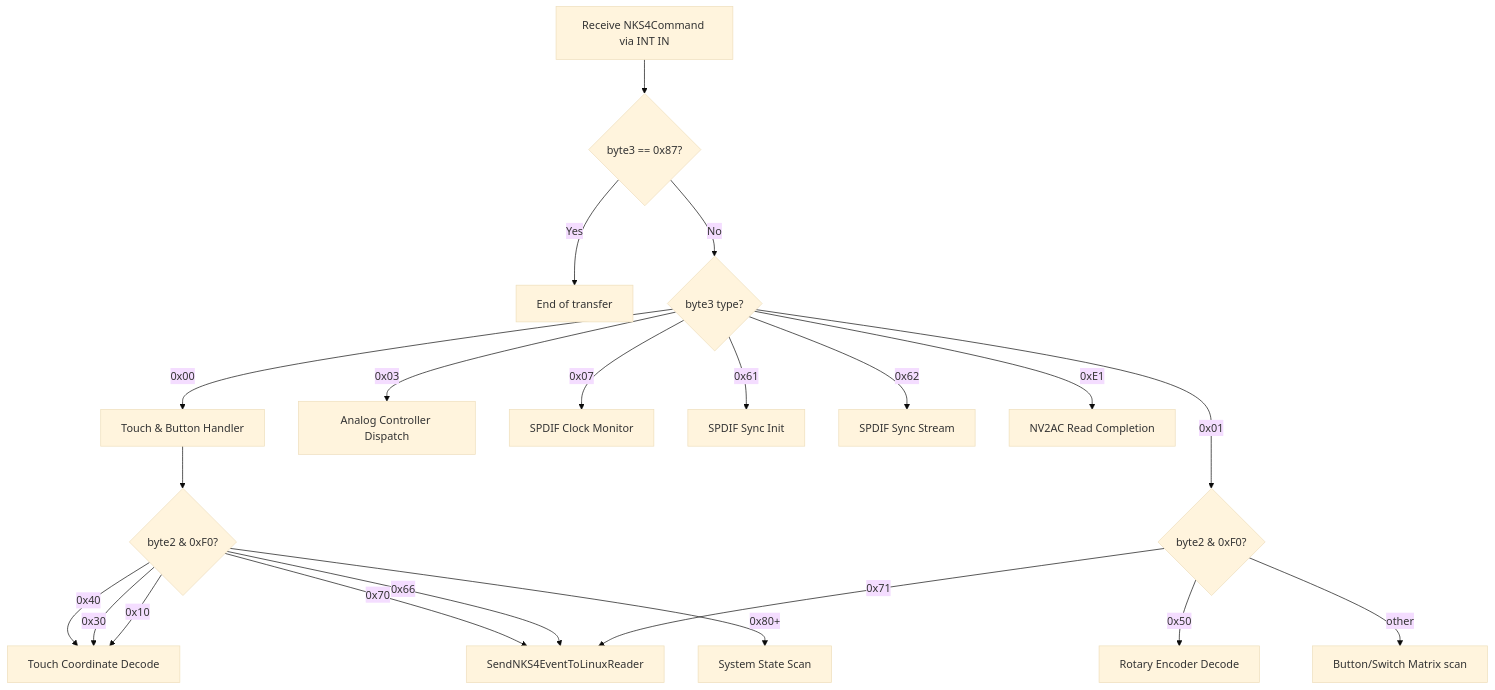
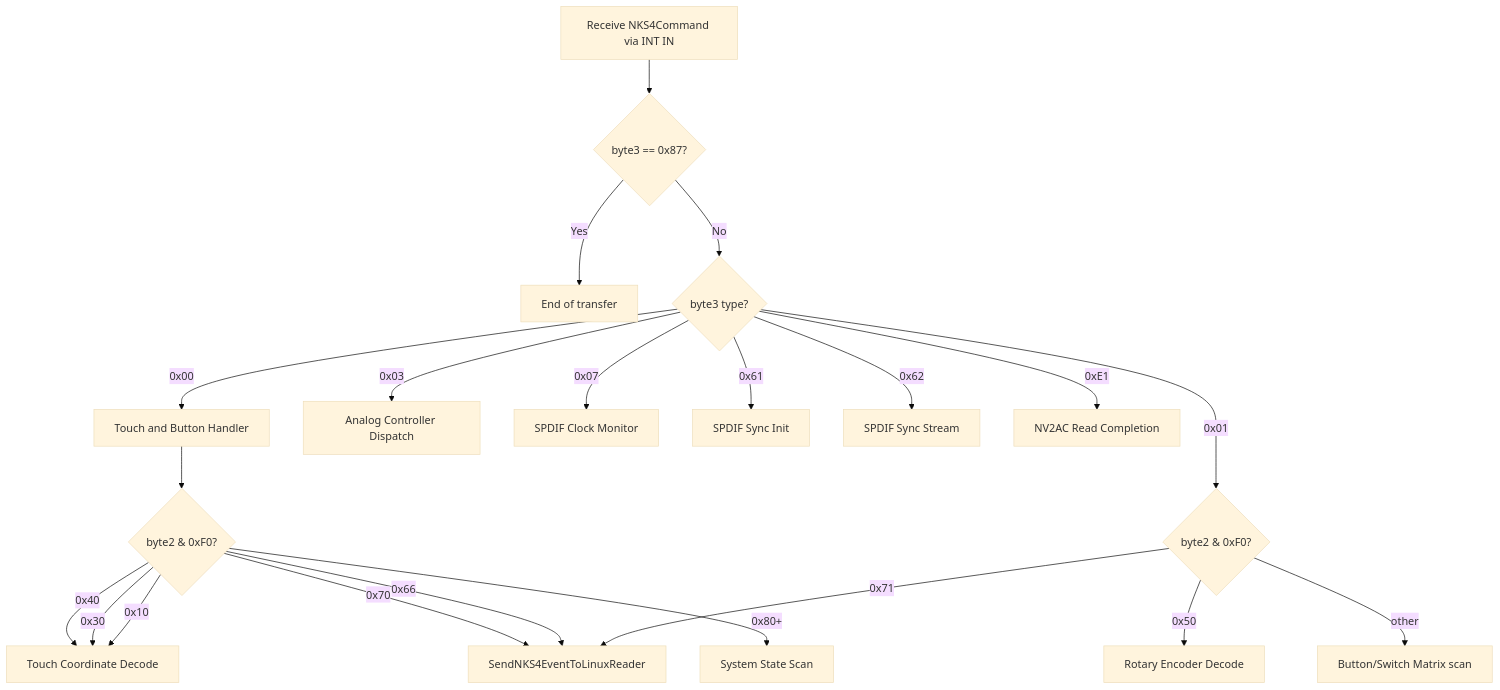
The diagram in docs/06-events.md (metaneutrons/kronos), drawn with Mermaid (base theme) before and after one commit. The commit also changed 11 other files, not shown here.

Commit message:
docs: port documentation improvements and diagram syntax fixes from master

````diff
--- a/docs/06-events.md
+++ b/docs/06-events.md
@@ -11,25 +11,25 @@
-```{.mermaid caption="Host Event Dispatch Pipeline Architecture" #fig:event-dispatch-src}
+```mermaid
 flowchart TD
     RX[Receive NKS4Command via INT IN] --> CHK{byte3 == 0x87?}
     CHK -->|Yes| END[End of transfer]
     CHK -->|No| TYPE{byte3 type?}
-    TYPE -->|0x00| T0[Touch & Button Handler]
+    TYPE -->|0x00| T0[Touch and Button Handler]
     TYPE -->|0x01| T1{byte2 & 0xF0?}
     TYPE -->|0x03| T3[Analog Controller Dispatch]
     TYPE -->|0x07| T7[SPDIF Clock Monitor]
     TYPE -->|0x61| T61[SPDIF Sync Init]
     TYPE -->|0x62| T62[SPDIF Sync Stream]
     TYPE -->|0xE1| TE1[NV2AC Read Completion]
 
     T1 -->|0x50| ENC[Rotary Encoder Decode]
     T1 -->|0x71| RESP[SendNKS4EventToLinuxReader]
     T1 -->|other| BTN[Button/Switch Matrix scan]
 
     T0 --> SUB{byte2 & 0xF0?}
     SUB -->|0x10| TOUCH[Touch Coordinate Decode]
     SUB -->|0x30| TOUCH
     SUB -->|0x40| TOUCH
     SUB -->|0x66| RESP
     SUB -->|0x70| RESP
     SUB -->|0x80+| SCAN[System State Scan]
 ```
````
